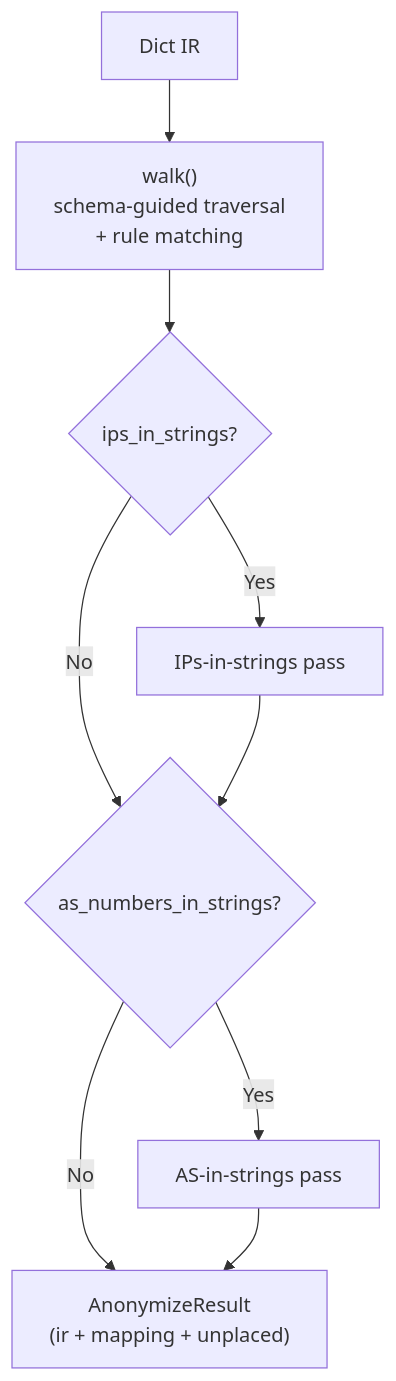
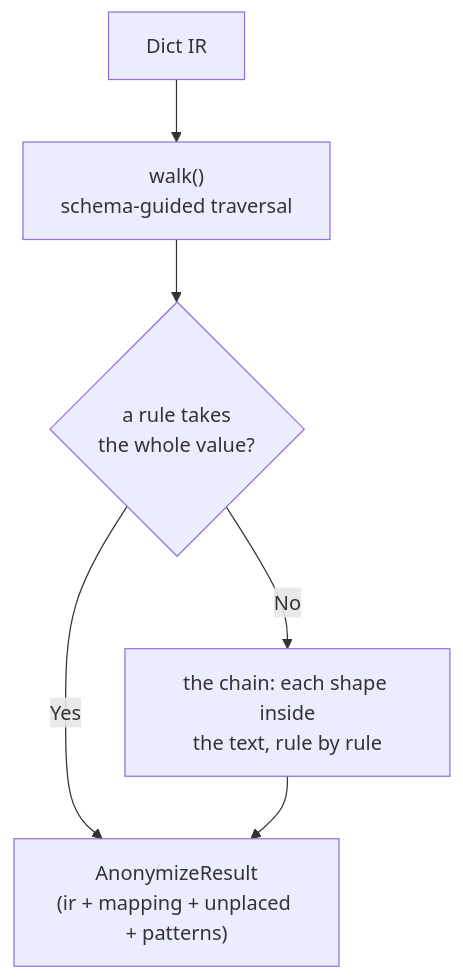
Before and after one commit to dg-i/junoscfg: the eighth of 8 diagrams in docs/architecture/developer-guide.md, drawn with Mermaid. The commit also changed other lines of this file and 21 other files, not shown here.

First line of the commit message:
anonymize-embedded-values: one chain for values inside free text, apply-path, exact revert

````diff
--- a/docs/architecture/developer-guide.md
+++ b/docs/architecture/developer-guide.md
@@ -609,11 +609,8 @@
 ```mermaid
 flowchart TD
-    IR["Dict IR"] --> WALK["walk()\nschema-guided traversal\n+ rule matching"]
-    WALK --> IPS{"ips_in_strings?"}
-    IPS -->|Yes| IPS_PASS["IPs-in-strings pass"]
-    IPS -->|No| AS
-    IPS_PASS --> AS{"as_numbers_in_strings?"}
-    AS -->|Yes| AS_PASS["AS-in-strings pass"]
-    AS -->|No| RESULT
-    AS_PASS --> RESULT["AnonymizeResult\n(ir + mapping + unplaced)"]
+    IR["Dict IR"] --> WALK["walk()\nschema-guided traversal"]
+    WALK --> WHOLE{"a rule takes\nthe whole value?"}
+    WHOLE -->|Yes| RESULT
+    WHOLE -->|No| CHAIN["the chain: each shape inside\nthe text, rule by rule"]
+    CHAIN --> RESULT["AnonymizeResult\n(ir + mapping + unplaced + patterns)"]
 ```
````
